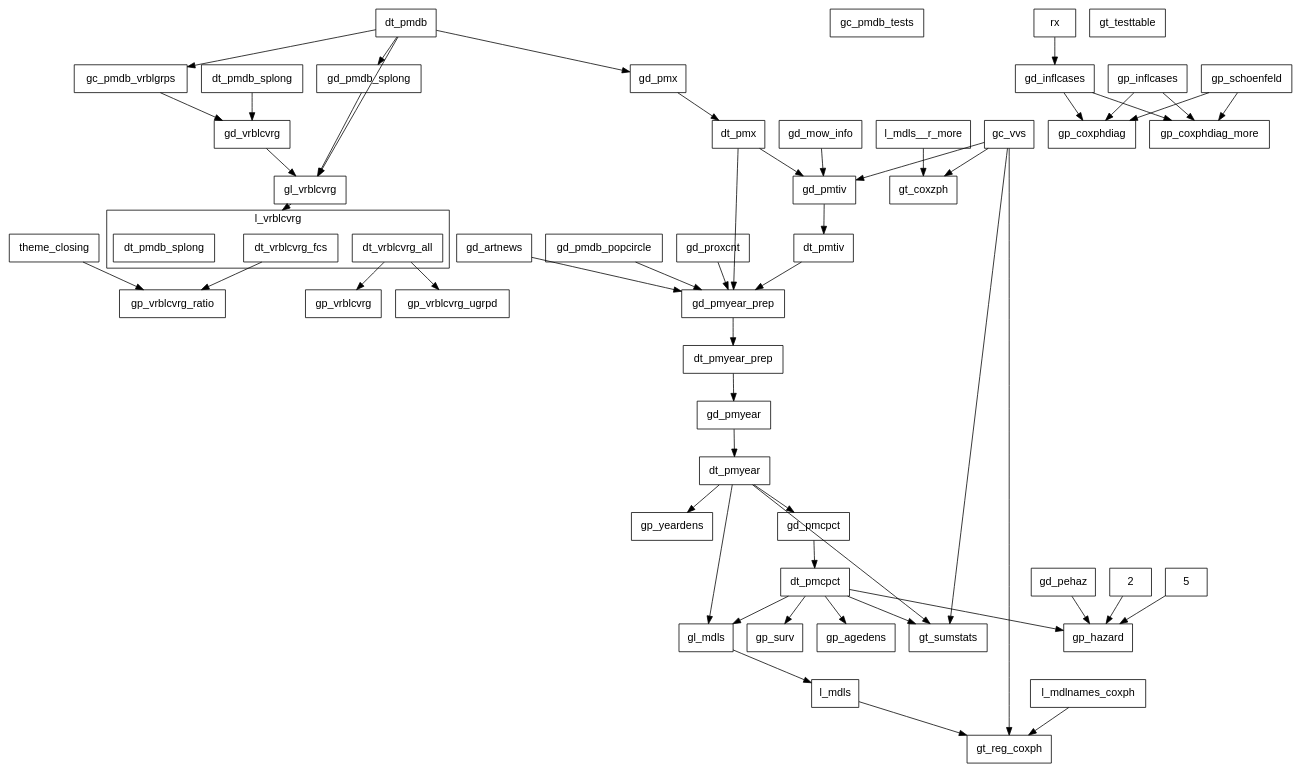
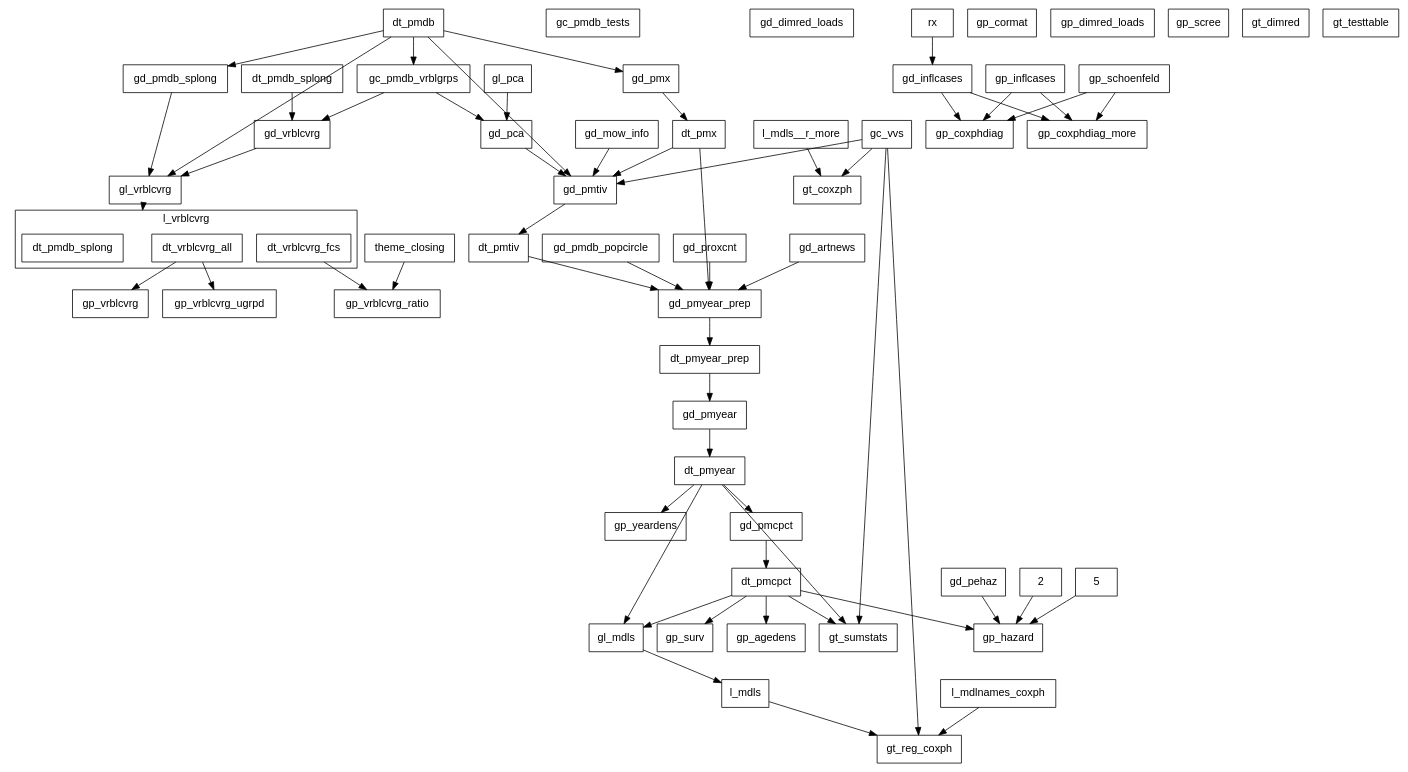
The diagram in misc/callgraph2.dot (swhalemwo/pm_closing), drawn with Graphviz before and after one commit. The commit also changed 4 other files, not shown here.

```diff
--- a/misc/callgraph2.dot
+++ b/misc/callgraph2.dot
@@ -1,113 +1,124 @@
 digraph D {
  compound = true;
  splines = false; fontname=helvetica;
  node [shape=box, fontsize = 14, fontname=helvetica];
  edge [style = solid];
  
  subgraph cluster_l_vrblcvrg {
  label = "l_vrblcvrg";
  l_vrblcvrg__dt_vrblcvrg_all [label=dt_vrblcvrg_all]; 
 l_vrblcvrg__dt_vrblcvrg_fcs [label=dt_vrblcvrg_fcs]; 
 l_vrblcvrg [label = "", color=transparent, width=0, height=0]; 
 l_vrblcvrg__dt_pmdb_splong [label=dt_pmdb_splong] 
 } 
  gc_pmdb_tests; 
 gc_pmdb_vrblgrps; 
 gc_vvs; 
 gd_artnews; 
+gd_dimred_loads; 
 gd_inflcases; 
 gd_mow_info; 
+gd_pca; 
 gd_pehaz; 
 gd_pmcpct; 
 gd_pmdb_popcircle; 
 gd_pmdb_splong; 
 gd_pmtiv; 
 gd_pmx; 
 gd_pmyear; 
 gd_pmyear_prep; 
 gd_proxcnt; 
 gd_vrblcvrg; 
 gl_mdls; 
+gl_pca; 
 gl_vrblcvrg; 
 gp_agedens; 
+gp_cormat; 
 gp_coxphdiag; 
 gp_coxphdiag_more; 
+gp_dimred_loads; 
 gp_hazard; 
 gp_inflcases; 
 gp_schoenfeld; 
+gp_scree; 
 gp_surv; 
 gp_vrblcvrg; 
 gp_vrblcvrg_ratio; 
 gp_vrblcvrg_ugrpd; 
 gp_yeardens; 
 gt_coxzph; 
+gt_dimred; 
 gt_reg_coxph; 
 gt_sumstats; 
 gt_testtable; 
 theme_closing; 
 dt_pmdb; 
 dt_pmdb_splong; 
 dt_pmx; 
 dt_pmtiv; 
 dt_pmyear_prep; 
 dt_pmyear; 
 dt_pmcpct; 
 2; 
 5; 
 rx; 
 l_mdls__r_more; 
 l_mdls; 
 l_mdlnames_coxph 
  2 -> gp_hazard; 
 5 -> gp_hazard; 
 dt_pmcpct -> gl_mdls; 
 dt_pmcpct -> gp_agedens; 
 dt_pmcpct -> gp_hazard; 
 dt_pmcpct -> gp_surv; 
 dt_pmcpct -> gt_sumstats; 
 dt_pmdb -> gc_pmdb_vrblgrps; 
 dt_pmdb -> gd_pmdb_splong; 
+dt_pmdb -> gd_pmtiv; 
 dt_pmdb -> gd_pmx; 
 dt_pmdb -> gl_vrblcvrg; 
 dt_pmdb_splong -> gd_vrblcvrg; 
 dt_pmtiv -> gd_pmyear_prep; 
 dt_pmx -> gd_pmtiv; 
 dt_pmx -> gd_pmyear_prep; 
 dt_pmyear -> gd_pmcpct; 
 dt_pmyear -> gl_mdls; 
 dt_pmyear -> gp_yeardens; 
 dt_pmyear -> gt_sumstats; 
 dt_pmyear_prep -> gd_pmyear; 
+gc_pmdb_vrblgrps -> gd_pca; 
 gc_pmdb_vrblgrps -> gd_vrblcvrg; 
 gc_vvs -> gd_pmtiv; 
 gc_vvs -> gt_coxzph; 
 gc_vvs -> gt_reg_coxph; 
 gc_vvs -> gt_sumstats; 
 gd_artnews -> gd_pmyear_prep; 
 gd_inflcases -> gp_coxphdiag; 
 gd_inflcases -> gp_coxphdiag_more; 
 gd_mow_info -> gd_pmtiv; 
+gd_pca -> gd_pmtiv; 
 gd_pehaz -> gp_hazard; 
 gd_pmcpct -> dt_pmcpct; 
 gd_pmdb_popcircle -> gd_pmyear_prep; 
 gd_pmdb_splong -> gl_vrblcvrg; 
 gd_pmtiv -> dt_pmtiv; 
 gd_pmx -> dt_pmx; 
 gd_pmyear -> dt_pmyear; 
 gd_pmyear_prep -> dt_pmyear_prep; 
 gd_proxcnt -> gd_pmyear_prep; 
 gd_vrblcvrg -> gl_vrblcvrg; 
 gl_mdls -> l_mdls; 
+gl_pca -> gd_pca; 
 gl_vrblcvrg -> l_vrblcvrg[lhead=cluster_l_vrblcvrg,ltail=gl_vrblcvrg]; 
 gp_inflcases -> gp_coxphdiag; 
 gp_inflcases -> gp_coxphdiag_more; 
 gp_schoenfeld -> gp_coxphdiag; 
 gp_schoenfeld -> gp_coxphdiag_more; 
 l_mdlnames_coxph -> gt_reg_coxph; 
 l_mdls -> gt_reg_coxph; 
 l_mdls__r_more -> gt_coxzph; 
 l_vrblcvrg__dt_vrblcvrg_all -> gp_vrblcvrg; 
 l_vrblcvrg__dt_vrblcvrg_all -> gp_vrblcvrg_ugrpd; 
 l_vrblcvrg__dt_vrblcvrg_fcs -> gp_vrblcvrg_ratio; 
 rx -> gd_inflcases; 
 theme_closing -> gp_vrblcvrg_ratio }
```
